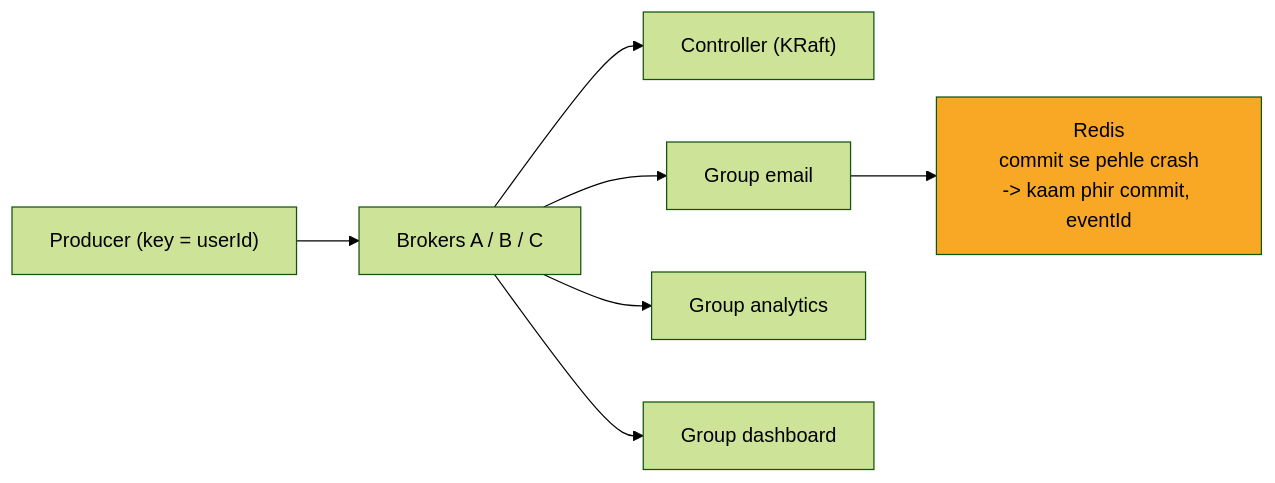
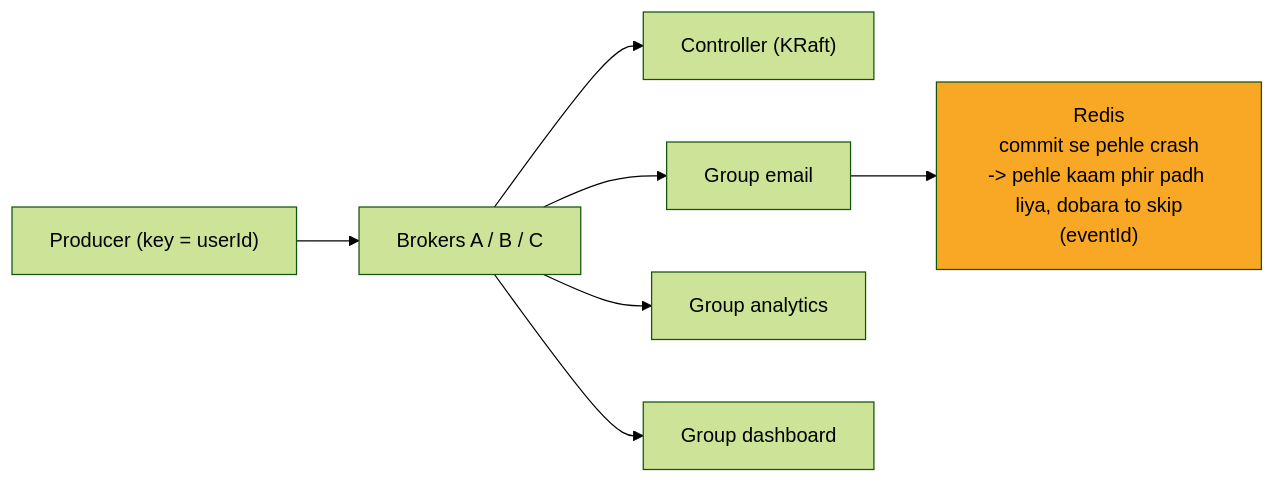
Before and after one commit to ArpanMaheshwari144/Prep: the eighth of 12 diagrams in 04_HLD/SYSTEM_DESIGNS/12_message_queue_kafka/12_message_queue_kafka.md, drawn with Mermaid (forest theme). The commit also changed other lines of this file and 13 other files, not shown here.

````diff
--- a/04_HLD/SYSTEM_DESIGNS/12_message_queue_kafka/12_message_queue_kafka.md
+++ b/04_HLD/SYSTEM_DESIGNS/12_message_queue_kafka/12_message_queue_kafka.md
@@ -251,17 +251,17 @@
 ```mermaid
 flowchart LR
     n_P["Producer (key = userId)"]
     n_B["Brokers A / B / C"]
     n_K["Controller (KRaft)"]
     n_GE["Group email"]
-    n_R["Redis<br/>commit se pehle crash<br/>-> kaam phir commit, eventId"]
+    n_R["Redis<br/>commit se pehle crash<br/>-> pehle kaam phir padh liya, dobara to skip<br/>(eventId)"]
     n_GA["Group analytics"]
     n_GD["Group dashboard"]
     n_P --> n_B
     n_B --> n_K
     n_B --> n_GE
     n_B --> n_GA
     n_B --> n_GD
     n_GE --> n_R
     style n_R fill:#f9a825,color:#000
 ```
````
